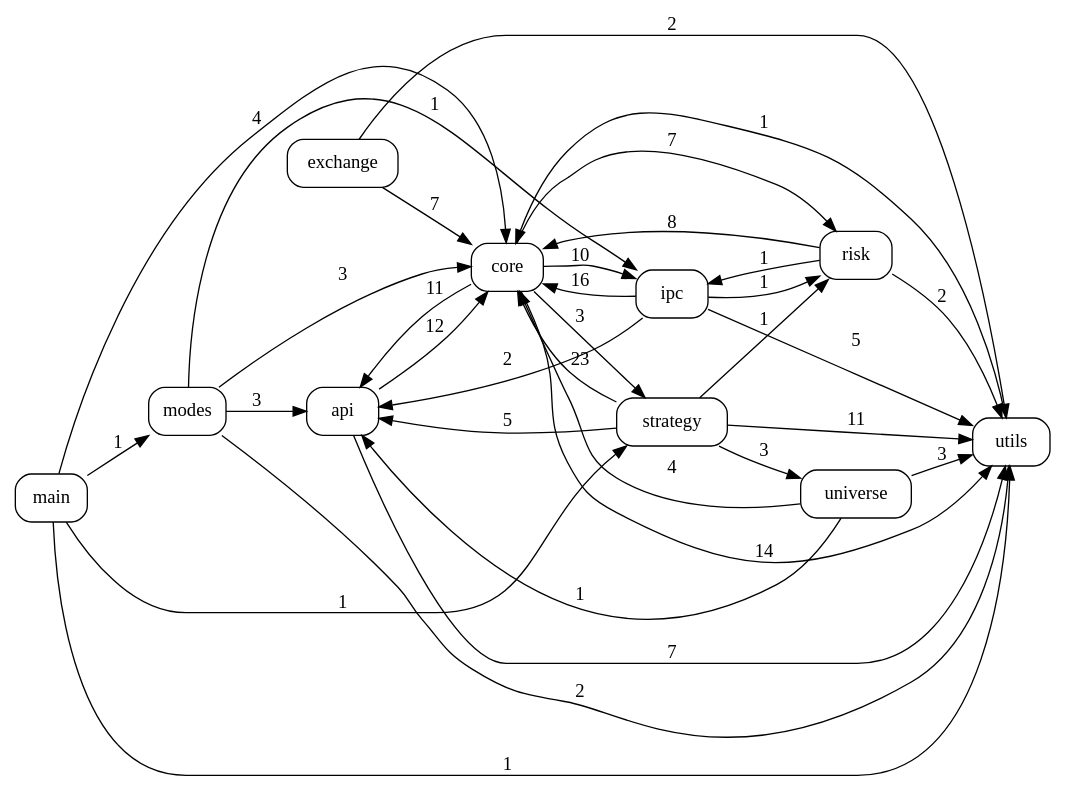
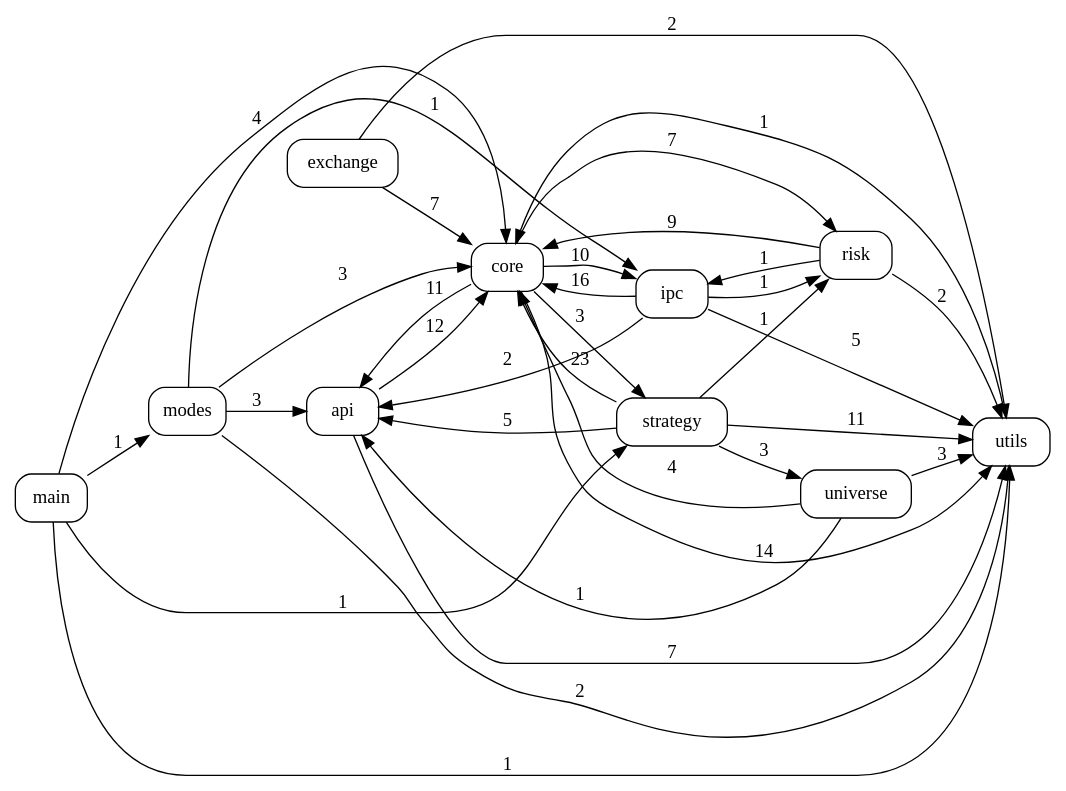
One commit to pypy8171/Quant changed the diagram in docs/code_graph.dot. Above: the diagram before and after it, drawn with Graphviz. The commit also changed 9 other files, not shown here.

```diff
--- a/docs/code_graph.dot
+++ b/docs/code_graph.dot
@@ -1,47 +1,47 @@
 digraph code_graph {
   rankdir=LR;
   node [shape=box, style=rounded, fontname="Consolas"];
   "api";
   "core";
   "exchange";
   "ipc";
   "main";
   "modes";
   "risk";
   "strategy";
   "universe";
   "utils";
   "api" -> "core" [label="12"];
   "api" -> "utils" [label="7"];
   "core" -> "api" [label="11"];
   "core" -> "ipc" [label="10"];
   "core" -> "risk" [label="7"];
   "core" -> "strategy" [label="3"];
   "core" -> "utils" [label="14"];
   "exchange" -> "core" [label="7"];
   "exchange" -> "utils" [label="2"];
   "ipc" -> "api" [label="2"];
   "ipc" -> "core" [label="16"];
   "ipc" -> "risk" [label="1"];
   "ipc" -> "utils" [label="5"];
   "main" -> "core" [label="4"];
   "main" -> "modes" [label="1"];
   "main" -> "strategy" [label="1"];
   "main" -> "utils" [label="1"];
   "modes" -> "api" [label="3"];
   "modes" -> "core" [label="3"];
   "modes" -> "ipc" [label="1"];
   "modes" -> "utils" [label="2"];
-  "risk" -> "core" [label="8"];
+  "risk" -> "core" [label="9"];
   "risk" -> "ipc" [label="1"];
   "risk" -> "utils" [label="2"];
   "strategy" -> "api" [label="5"];
   "strategy" -> "core" [label="23"];
   "strategy" -> "risk" [label="1"];
   "strategy" -> "universe" [label="3"];
   "strategy" -> "utils" [label="11"];
   "universe" -> "api" [label="1"];
   "universe" -> "core" [label="4"];
   "universe" -> "utils" [label="3"];
   "utils" -> "core" [label="1"];
 }
```
